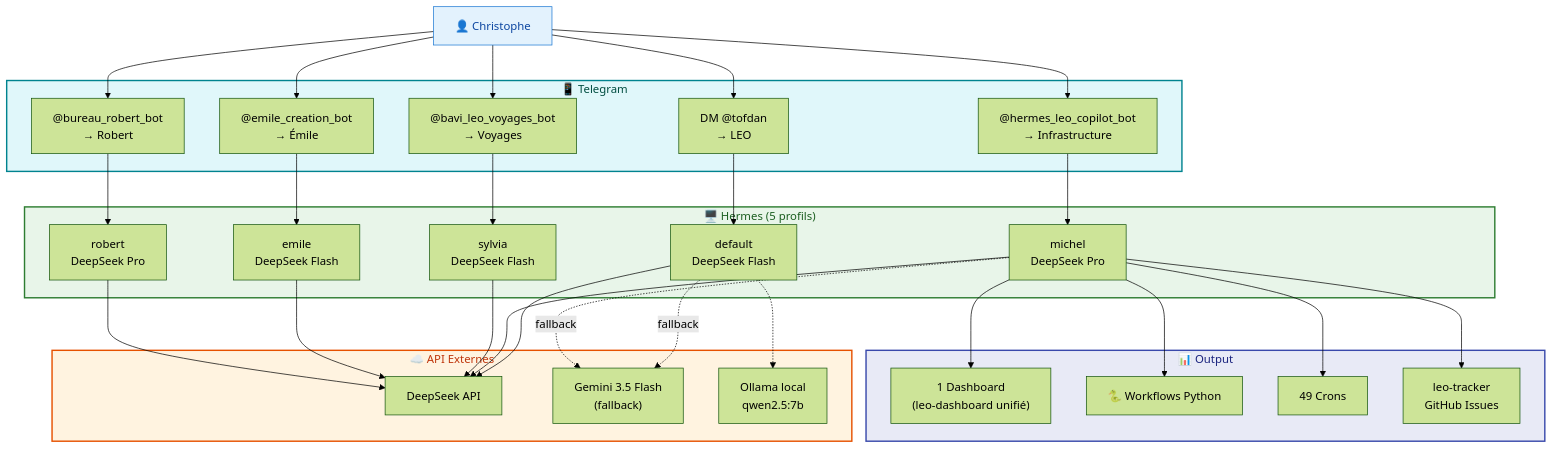
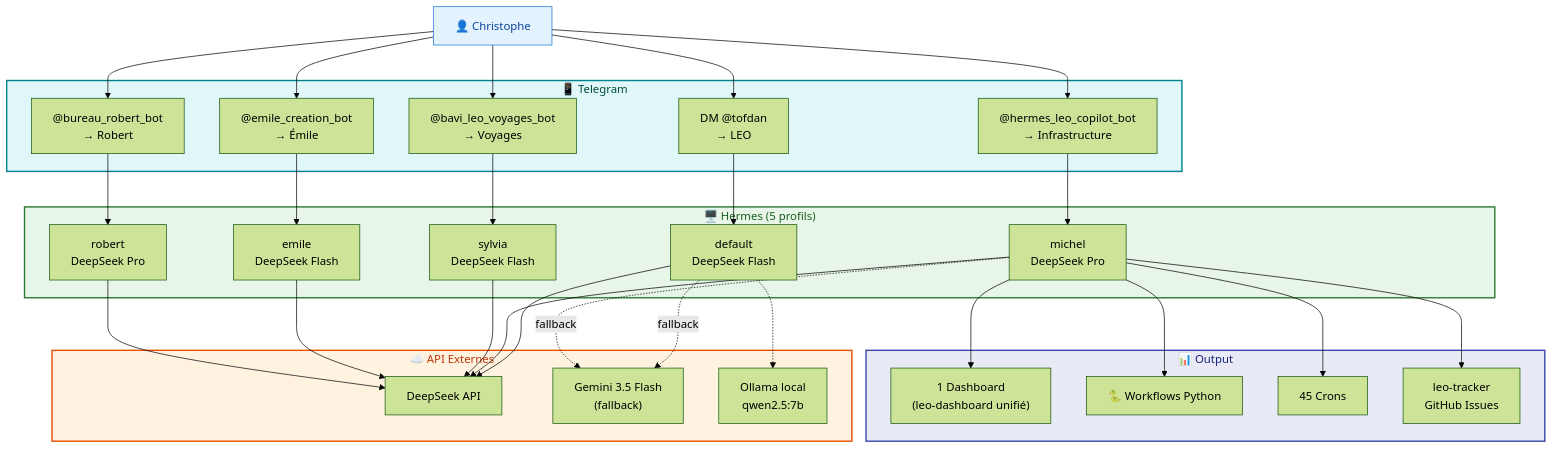
Before and after one commit to christophedanhier-hash/hermes-wiki: the fifth of 5 diagrams in docs/hermes/architecture-communication.md, drawn with Mermaid (forest theme). The commit also changed other lines of this file and 13 other files, not shown here.

````diff
--- a/docs/hermes/architecture-communication.md
+++ b/docs/hermes/architecture-communication.md
@@ -200,66 +200,66 @@
 ```mermaid
 flowchart TB
     User["👤 Christophe"]
 
     subgraph TELEGRAM["📱 Telegram"]
         DM["DM @tofdan<br/>→ LEO"]
         COP["@hermes_leo_copilot_bot<br/>→ Infrastructure"]
         VOY["@bavi_leo_voyages_bot<br/>→ Voyages"]
         EMI["@emile_creation_bot<br/>→ Émile"]
         ROB["@bureau_robert_bot<br/>→ Robert"]
     end
 
     subgraph HERMES["🖥️ Hermes (5 profils)"]
         DEF["default<br/>DeepSeek Flash"]
         LCP["michel<br/>DeepSeek Pro"]
         BAV["sylvia<br/>DeepSeek Flash"]
         EMILE["emile<br/>DeepSeek Flash"]
         BUR["robert<br/>DeepSeek Pro"]
     end
 
     subgraph API["☁️ API Externes"]
         DS["DeepSeek API"]
         GEM["Gemini 3.5 Flash<br/>(fallback)"]
         OLL["Ollama local<br/>qwen2.5:7b"]
     end
 
     subgraph OUTPUT["📊 Output"]
         DASH["1 Dashboard<br/>(leo-dashboard unifié)"]
         WFL["🐍 Workflows Python"]
-        CRON["49 Crons"]
+        CRON["45 Crons"]
         ISSUES["leo-tracker<br/>GitHub Issues"]
     end
 
     User --> DM
     User --> COP
     User --> VOY
     User --> EMI
     User --> ROB
 
     DM --> DEF
     COP --> LCP
     VOY --> BAV
     EMI --> EMILE
     ROB --> BUR
 
     DEF --> DS
     LCP --> DS
     BAV --> DS
     EMILE --> DS
     BUR --> DS
 
     DEF -.->|"fallback"| GEM
     DEF -.-> OLL
     LCP -.->|"fallback"| GEM
 
     LCP --> DASH
     LCP --> WFL
     LCP --> CRON
     LCP --> ISSUES
 
     style User fill:#e3f2fd,stroke:#1976d2,color:#0d47a1
     style TELEGRAM fill:#e0f7fa,stroke:#00838f,stroke-width:2px,color:#004d40
     style HERMES fill:#e8f5e9,stroke:#2e7d32,stroke-width:2px,color:#1b5e20
     style API fill:#fff3e0,stroke:#e65100,stroke-width:2px,color:#bf360c
     style OUTPUT fill:#e8eaf6,stroke:#3949ab,stroke-width:2px,color:#1a237e
 ```
````
